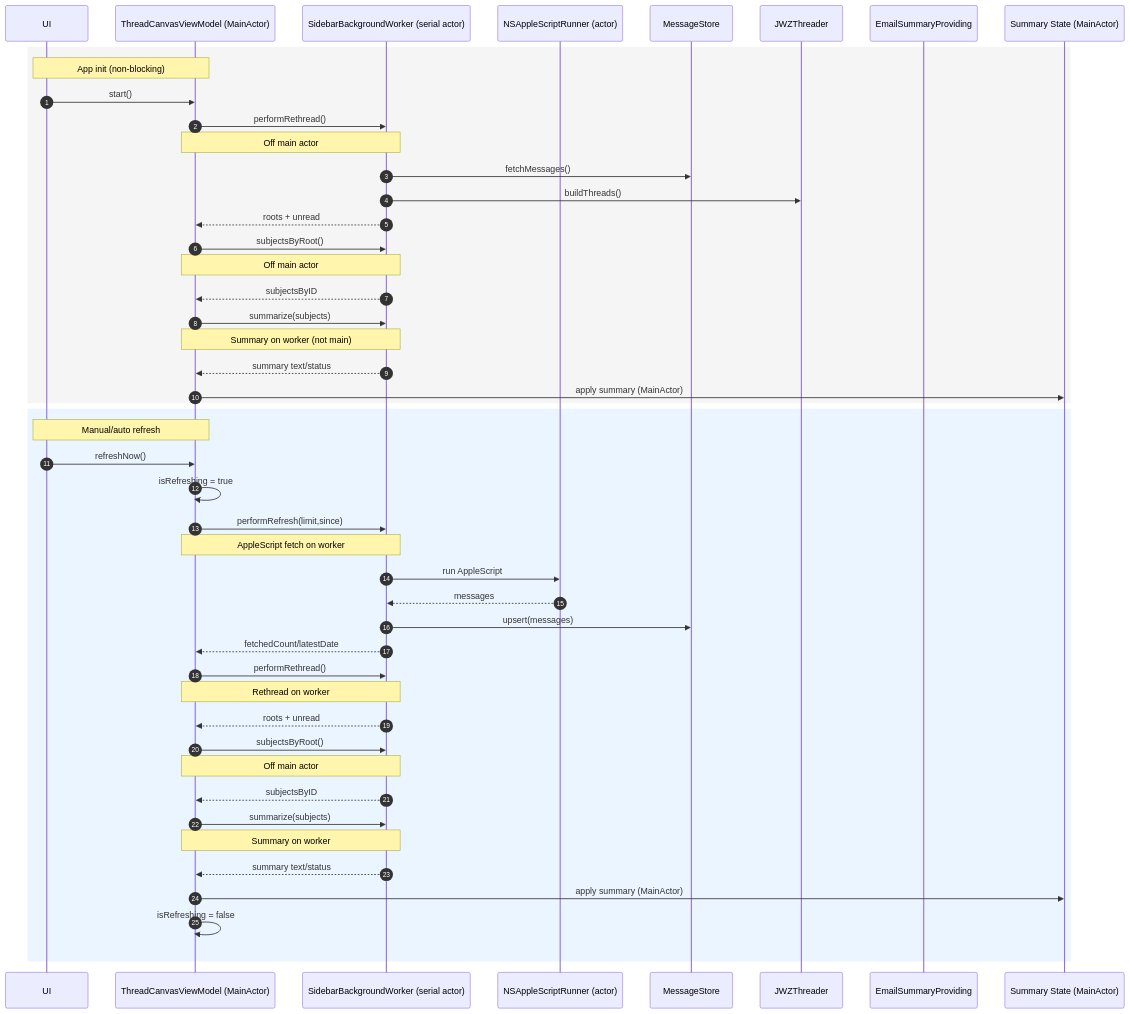
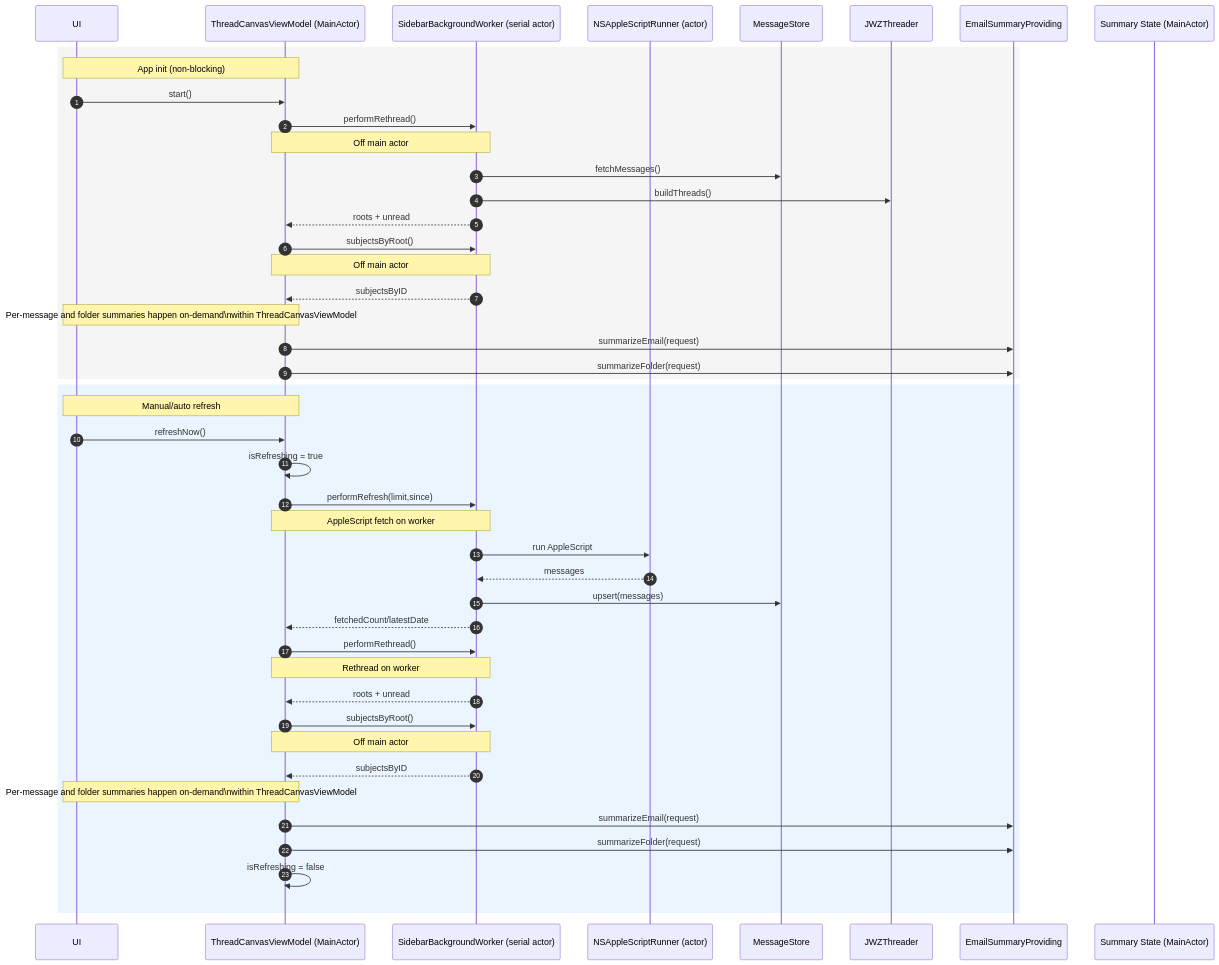
One commit to IsaacIndex/BetterMail changed the diagram in README.md. Above: the diagram before and after it, drawn with Mermaid. The commit also changed other lines of this file and 2 other files, not shown here.

Commit message:
docs: update documentation to clarify inbox subject-line digest is not wired into the UI

````diff
--- a/README.md
+++ b/README.md
@@ -80,52 +80,50 @@
 ```mermaid
 sequenceDiagram
     autonumber
     participant UI as UI
     participant VM as ThreadCanvasViewModel (MainActor)
     participant Worker as SidebarBackgroundWorker (serial actor)
     participant Script as NSAppleScriptRunner (actor)
     participant Store as MessageStore
     participant Threader as JWZThreader
     participant Summary as EmailSummaryProviding
     participant SummState as Summary State (MainActor)
 
     rect rgb(245,245,245)
         note over UI,VM: App init (non-blocking)
         UI->>VM: start()
         VM->>Worker: performRethread()
         note over Worker,VM: Off main actor
         Worker->>Store: fetchMessages()
         Worker->>Threader: buildThreads()
         Worker-->>VM: roots + unread
         VM->>Worker: subjectsByRoot()
         note over Worker,VM: Off main actor
         Worker-->>VM: subjectsByID
-        VM->>Worker: summarize(subjects)
-        note over Worker,VM: Summary on worker (not main)
-        Worker-->>VM: summary text/status
-        VM->>SummState: apply summary (MainActor)
+        note over UI,VM: Per-message and folder summaries happen on-demand\nwithin ThreadCanvasViewModel
+        VM->>Summary: summarizeEmail(request)
+        VM->>Summary: summarizeFolder(request)
     end
 
     rect rgb(235,245,255)
         note over UI,VM: Manual/auto refresh
         UI->>VM: refreshNow()
         VM->>VM: isRefreshing = true
         VM->>Worker: performRefresh(limit,since)
         note over Worker,VM: AppleScript fetch on worker
         Worker->>Script: run AppleScript
         Script-->>Worker: messages
         Worker->>Store: upsert(messages)
         Worker-->>VM: fetchedCount/latestDate
         VM->>Worker: performRethread()
         note over Worker,VM: Rethread on worker
         Worker-->>VM: roots + unread
         VM->>Worker: subjectsByRoot()
         note over Worker,VM: Off main actor
         Worker-->>VM: subjectsByID
-        VM->>Worker: summarize(subjects)
-        note over Worker,VM: Summary on worker
-        Worker-->>VM: summary text/status
-        VM->>SummState: apply summary (MainActor)
+        note over UI,VM: Per-message and folder summaries happen on-demand\nwithin ThreadCanvasViewModel
+        VM->>Summary: summarizeEmail(request)
+        VM->>Summary: summarizeFolder(request)
         VM->>VM: isRefreshing = false
     end
 ```
````
